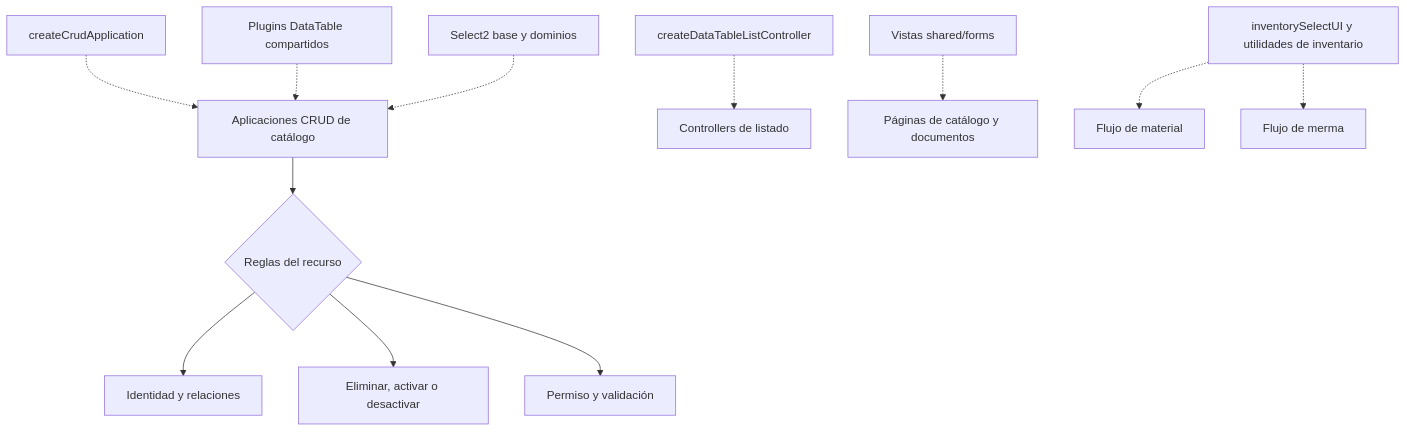
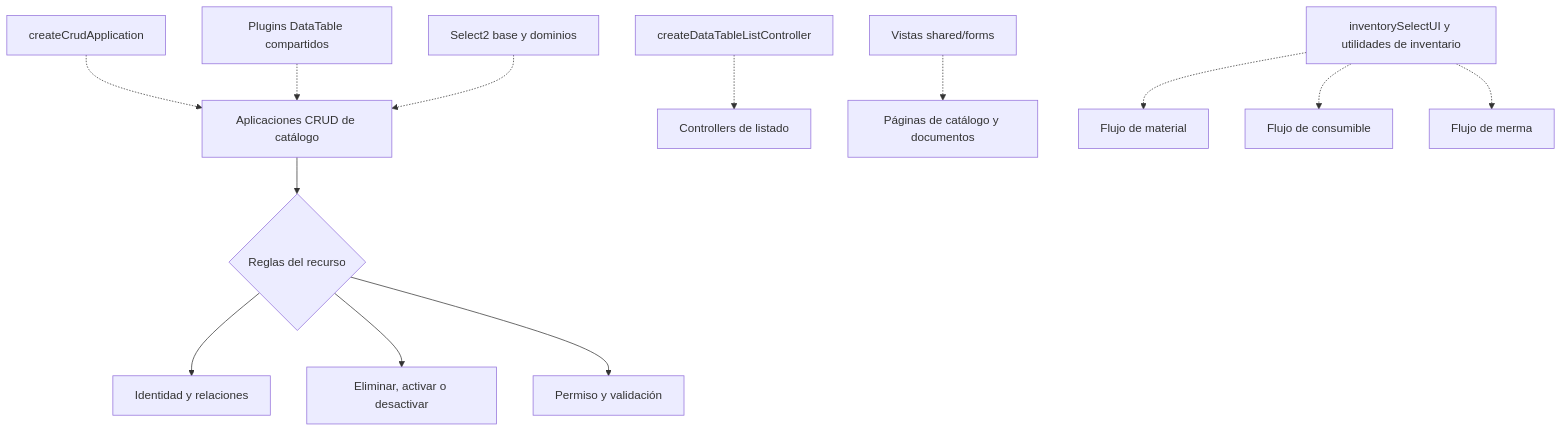
Before and after one commit to gpgsistemas01/nexus: the first of 2 diagrams in docs/architecture/views/development/code-diagrams/06-view-of-reuse-crud-and-interface.md, drawn with Mermaid. The commit also changed other lines of this file and 93 other files, not shown here.

````diff
--- a/docs/architecture/views/development/code-diagrams/06-view-of-reuse-crud-and-interface.md
+++ b/docs/architecture/views/development/code-diagrams/06-view-of-reuse-crud-and-interface.md
@@ -12,15 +12,16 @@
 ```mermaid
 flowchart TB
     crudFactory["createCrudApplication"] -.-> catalogApps["Aplicaciones CRUD de catálogo"]
     listFactory["createDataTableListController"] -.-> listControllers["Controllers de listado"]
     sharedForms["Vistas shared/forms"] -.-> catalogPages["Páginas de catálogo y documentos"]
     dataTable["Plugins DataTable compartidos"] -.-> catalogApps
     select2["Select2 base y dominios"] -.-> catalogApps
     inventoryUi["inventorySelectUI y utilidades de inventario"] -.-> materialFlow["Flujo de material"]
+    inventoryUi -.-> consumableFlow["Flujo de consumible"]
     inventoryUi -.-> wasteFlow["Flujo de merma"]
 
     catalogApps --> resourceRules{"Reglas del recurso"}
     resourceRules --> identity["Identidad y relaciones"]
     resourceRules --> removal["Eliminar, activar o desactivar"]
     resourceRules --> permissions["Permiso y validación"]
 ```
````
